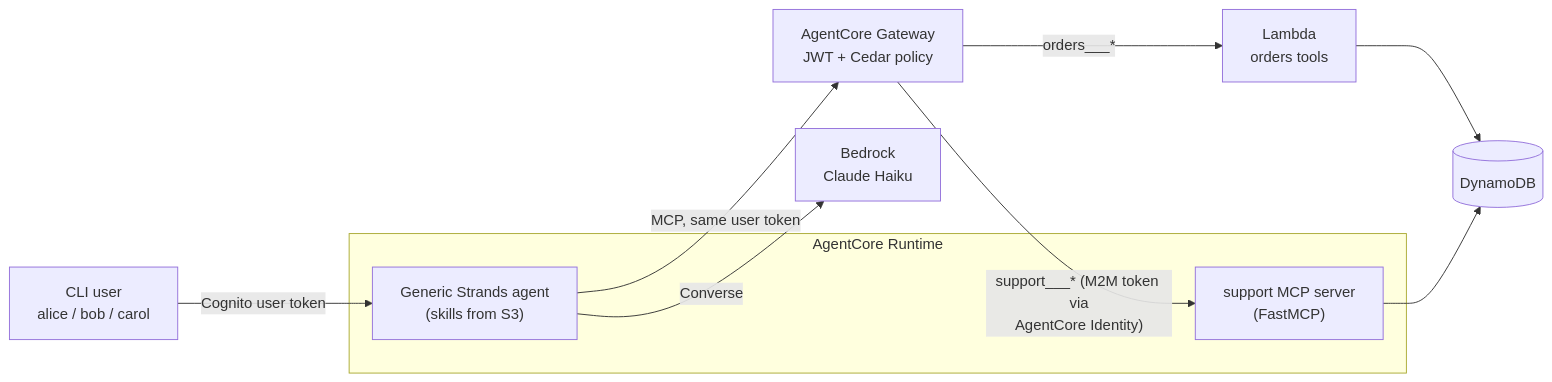
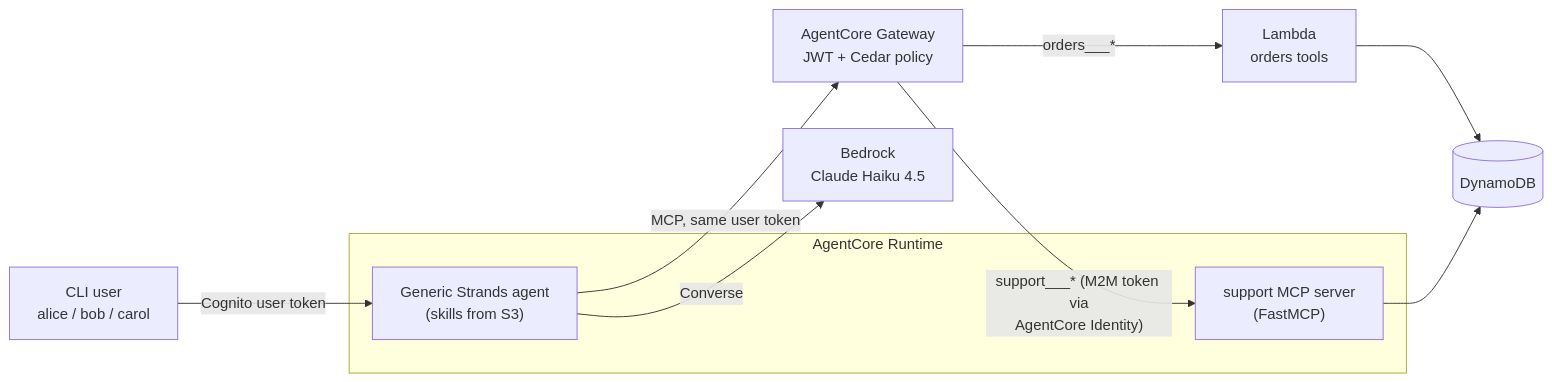
One commit to kalyanfromusa/strands-agent-mcp-skills-poc changed the diagram in README.md. Above: the diagram before and after it, drawn with Mermaid. The commit also changed other lines of this file and 101 other files, not shown here.

````diff
--- a/README.md
+++ b/README.md
@@ -19,14 +21,14 @@
 ```mermaid
 flowchart LR
     U["CLI user<br/>alice / bob / carol"] -- "Cognito user token" --> AR
     subgraph Runtime["AgentCore Runtime"]
         AR["Generic Strands agent<br/>(skills from S3)"]
         MR["support MCP server<br/>(FastMCP)"]
     end
-    AR -- "Converse" --> BR["Bedrock<br/>Claude Haiku"]
+    AR -- "Converse" --> BR["Bedrock<br/>Claude Haiku 4.5"]
     AR -- "MCP, same user token" --> GW["AgentCore Gateway<br/>JWT + Cedar policy"]
     GW -- "orders___*" --> L["Lambda<br/>orders tools"]
     GW -- "support___* (M2M token via<br/>AgentCore Identity)" --> MR
     L --> DB[("DynamoDB")]
     MR --> DB
 ```
````
